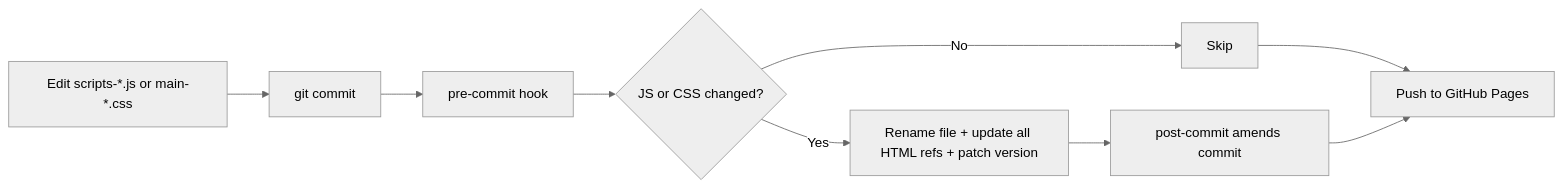
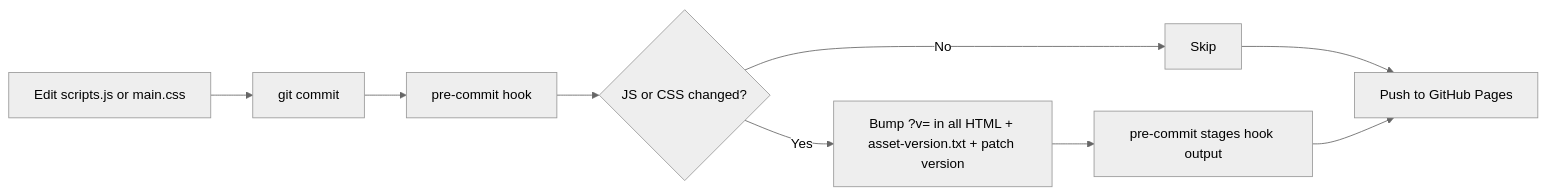
Before and after one commit to traleemasjidkicc/traleemasjidkicc.github.io: the third of 3 diagrams in README.md, drawn with Mermaid (neutral theme). The commit also changed other lines of this file and 36 other files, not shown here.

````diff
--- a/README.md
+++ b/README.md
@@ -394,11 +393,11 @@
 ```mermaid
 flowchart LR
-    A[Edit scripts-*.js or main-*.css] --> B[git commit]
+    A[Edit scripts.js or main.css] --> B[git commit]
     B --> C[pre-commit hook]
     C --> D{JS or CSS changed?}
-    D -->|Yes| E[Rename file + update all HTML refs + patch version]
+    D -->|Yes| E[Bump ?v= in all HTML + asset-version.txt + patch version]
     D -->|No| F[Skip]
-    E --> G[post-commit amends commit]
-    F --> H[Push to GitHub Pages]
-    G --> H
+    E --> H[pre-commit stages hook output]
+    F --> I[Push to GitHub Pages]
+    H --> I
 ```
````
